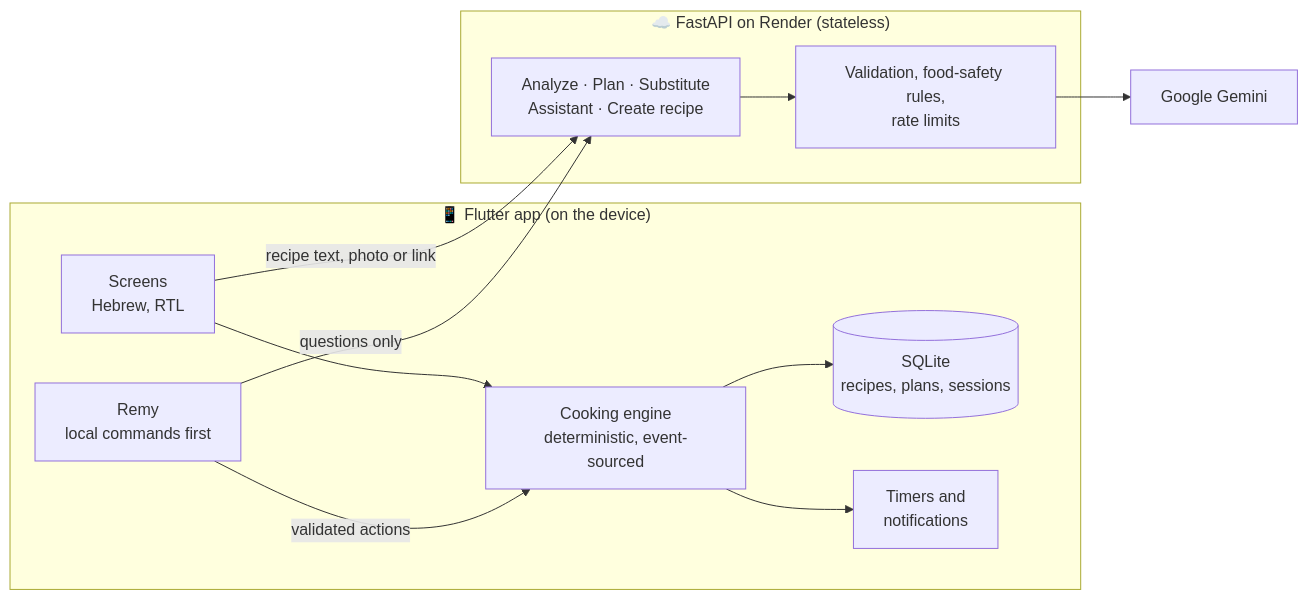
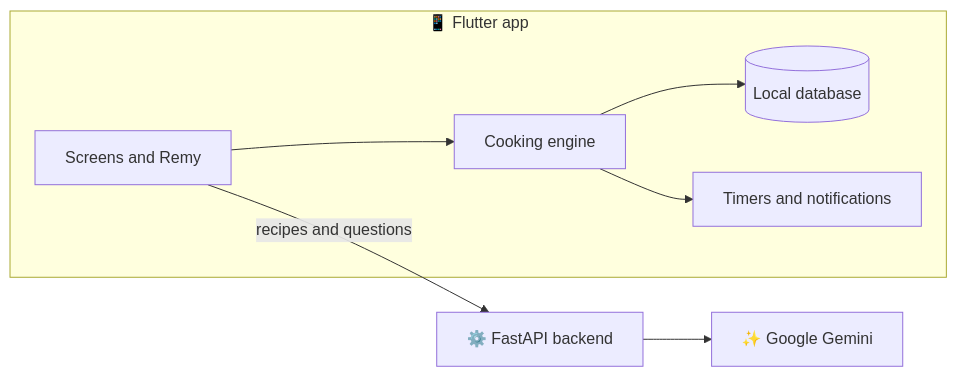
The diagram in README.md (shahar-eliyahu/Anyone-Can-Cook-App), drawn with Mermaid before and after one commit. The commit also changed other lines of this file and 5 other files, not shown here.

````diff
--- a/README.md
+++ b/README.md
@@ -165,23 +83,10 @@
 ```mermaid
 flowchart LR
-    subgraph Phone["📱 Flutter app (on the device)"]
-        UI["Screens<br/>Hebrew, RTL"]
-        Remy["Remy<br/>local commands first"]
-        Engine["Cooking engine<br/>deterministic, event-sourced"]
-        DB[("SQLite<br/>recipes, plans, sessions")]
-        Timers["Timers and<br/>notifications"]
-        UI --> Engine
-        Remy -- "validated actions" --> Engine
-        Engine --> DB
-        Engine --> Timers
+    subgraph Phone["📱 Flutter app"]
+        UI["Screens and Remy"] --> Engine["Cooking engine"]
+        Engine --> DB[("Local database")]
+        Engine --> Timers["Timers and notifications"]
     end
-    subgraph Server["☁️ FastAPI on Render (stateless)"]
-        API["Analyze · Plan · Substitute<br/>Assistant · Create recipe"]
-        Guard["Validation, food-safety rules,<br/>rate limits"]
-        API --> Guard
-    end
-    Gemini["Google Gemini"]
-    UI -- "recipe text, photo or link" --> API
-    Remy -- "questions only" --> API
-    Guard --> Gemini
+    UI -- "recipes and questions" --> API["⚙️ FastAPI backend"]
+    API --> Gemini["✨ Google Gemini"]
 ```
````
